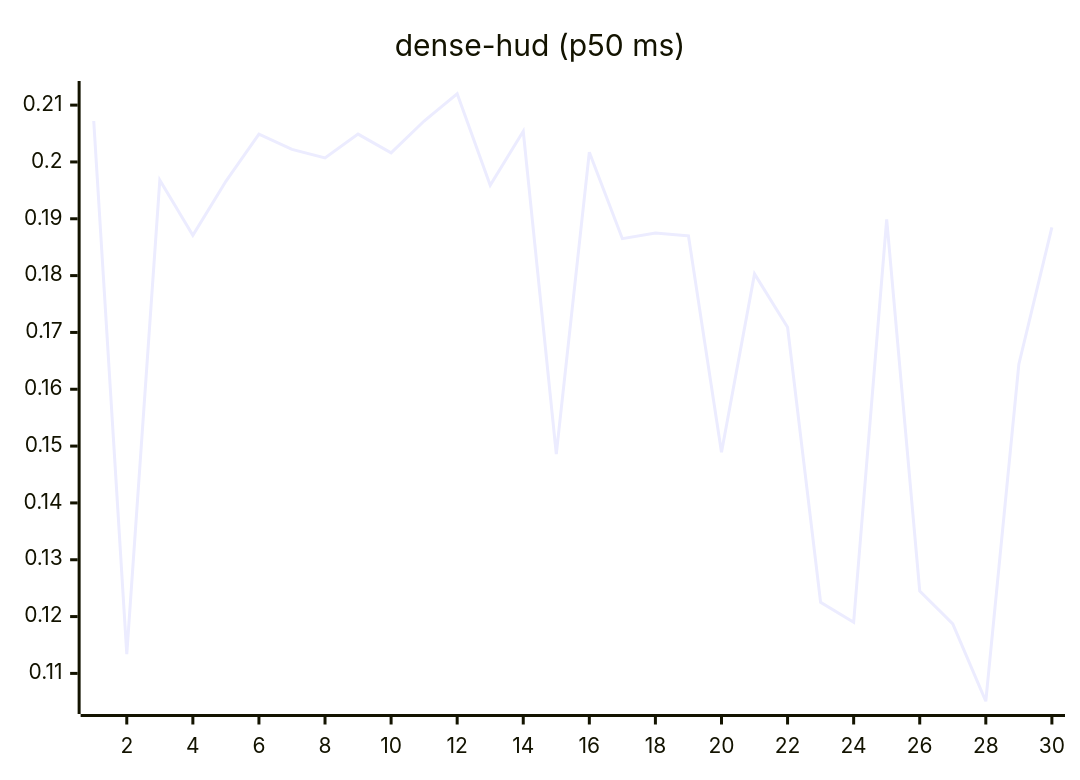
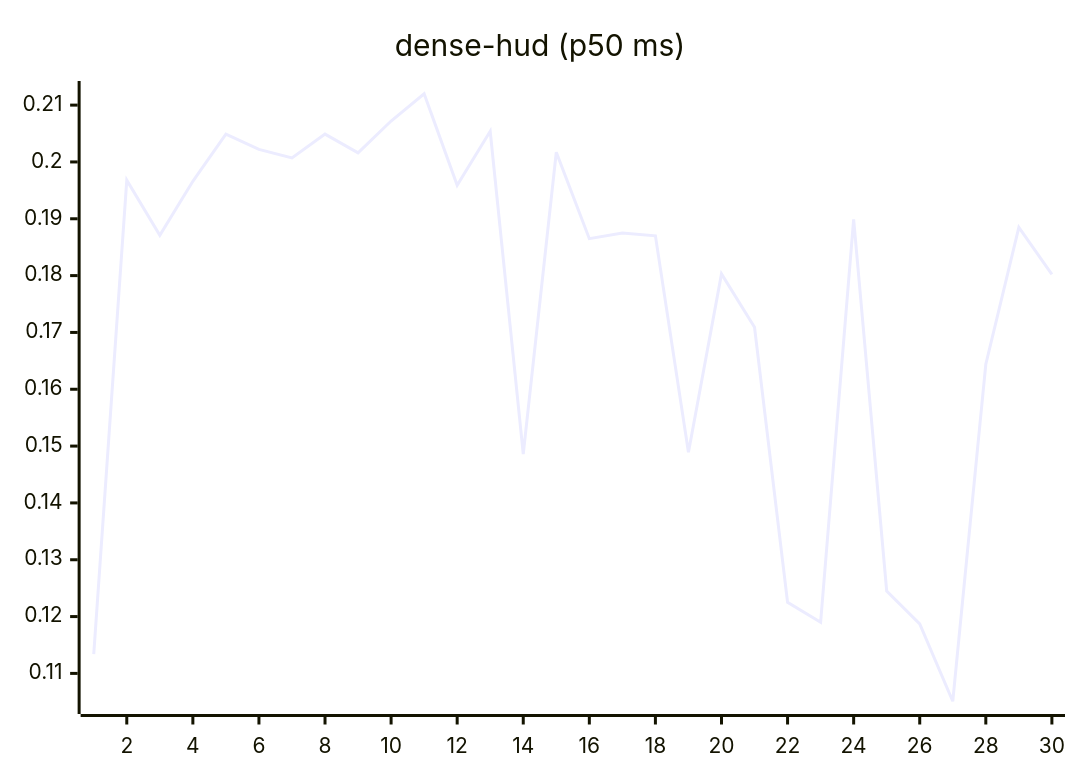
Before and after one commit to josha/Facet: the eighth of 27 diagrams in README.md, drawn with Mermaid. The commit also changed other lines of this file and 2 other files, not shown here.

````diff
--- a/README.md
+++ b/README.md
@@ -112,6 +112,6 @@
 ```mermaid
 xychart-beta
     title "dense-hud (p50 ms)"
     x-axis 1 --> 30
-    line [0.2072, 0.1134, 0.1968, 0.1871, 0.1966, 0.2049, 0.2022, 0.2007, 0.2049, 0.2016, 0.2072, 0.2120, 0.1959, 0.2054, 0.1486, 0.2017, 0.1865, 0.1875, 0.1870, 0.1489, 0.1803, 0.1709, 0.1225, 0.1190, 0.1899, 0.1245, 0.1187, 0.1051, 0.1644, 0.1885]
+    line [0.1134, 0.1968, 0.1871, 0.1966, 0.2049, 0.2022, 0.2007, 0.2049, 0.2016, 0.2072, 0.2120, 0.1959, 0.2054, 0.1486, 0.2017, 0.1865, 0.1875, 0.1870, 0.1489, 0.1803, 0.1709, 0.1225, 0.1190, 0.1899, 0.1245, 0.1187, 0.1051, 0.1644, 0.1885, 0.1802]
 ```
````
